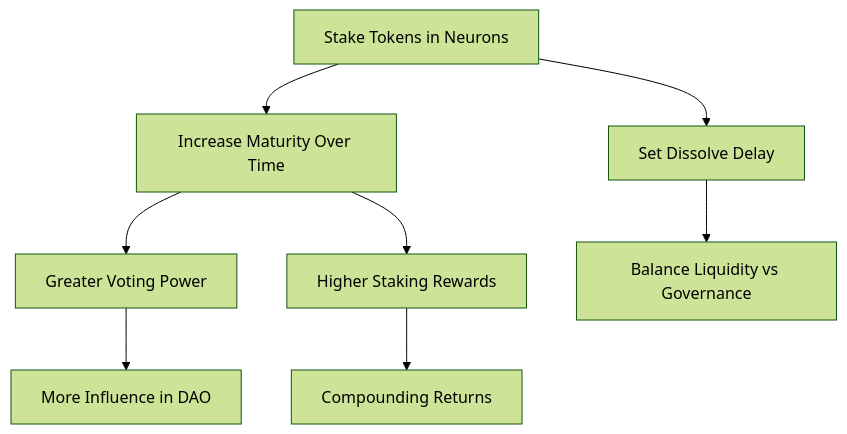
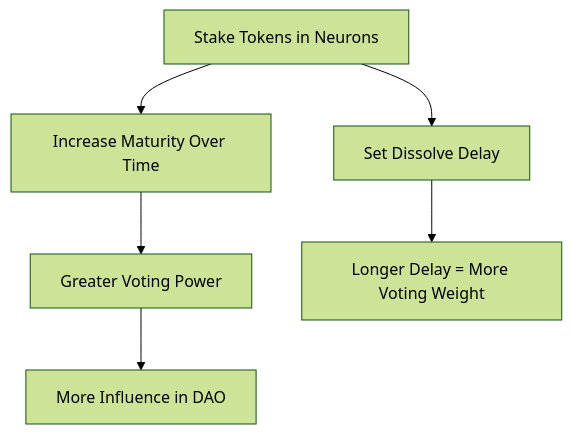
Before and after one commit to cosmicrafts/cosmicrafts-dao: the second of 4 diagrams in src/frontend/src/assets/markdown/en/governance.md, drawn with Mermaid (forest theme). The commit also changed other lines of this file and 9 other files, not shown here.

````diff
--- a/src/frontend/src/assets/markdown/en/governance.md
+++ b/src/frontend/src/assets/markdown/en/governance.md
@@ -94,10 +127,8 @@
 ```mermaid
 graph TD
     A[Stake Tokens in Neurons] --> B[Increase Maturity Over Time]
     B --> C[Greater Voting Power]
-    B --> D[Higher Staking Rewards]
     C --> E[More Influence in DAO]
-    D --> F[Compounding Returns]
     A --> G[Set Dissolve Delay]
-    G --> H[Balance Liquidity vs Governance]
+    G --> H[Longer Delay = More Voting Weight]
 ```
````
